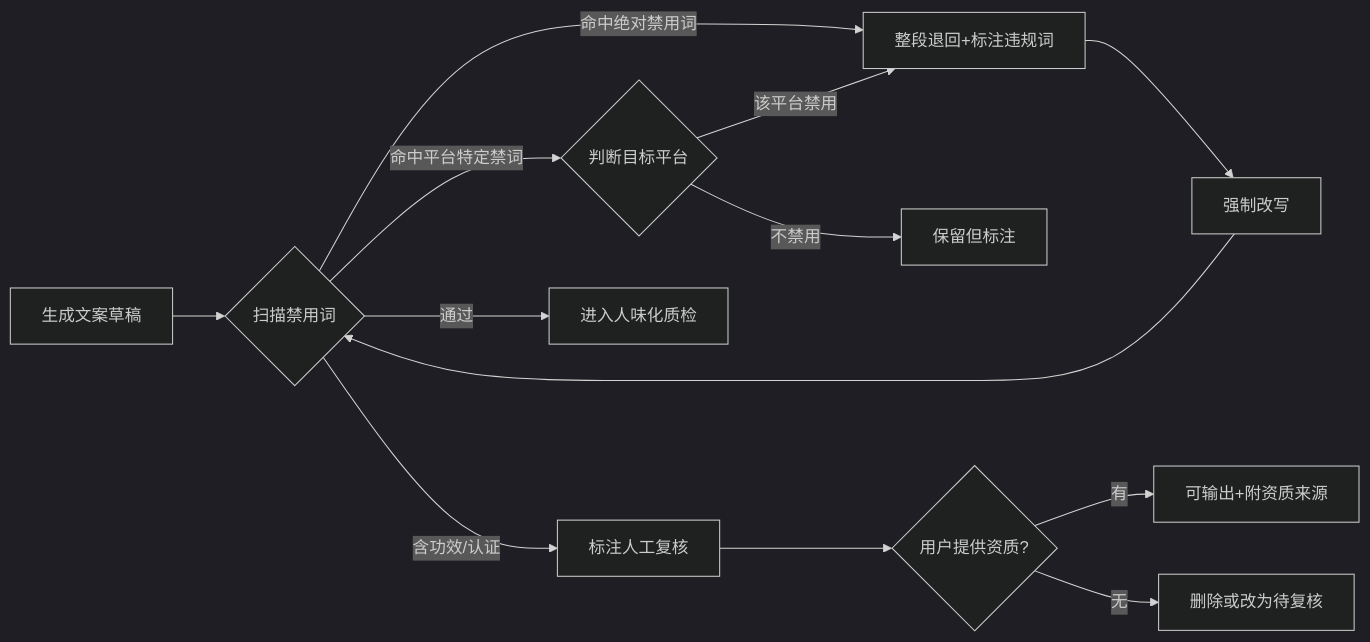
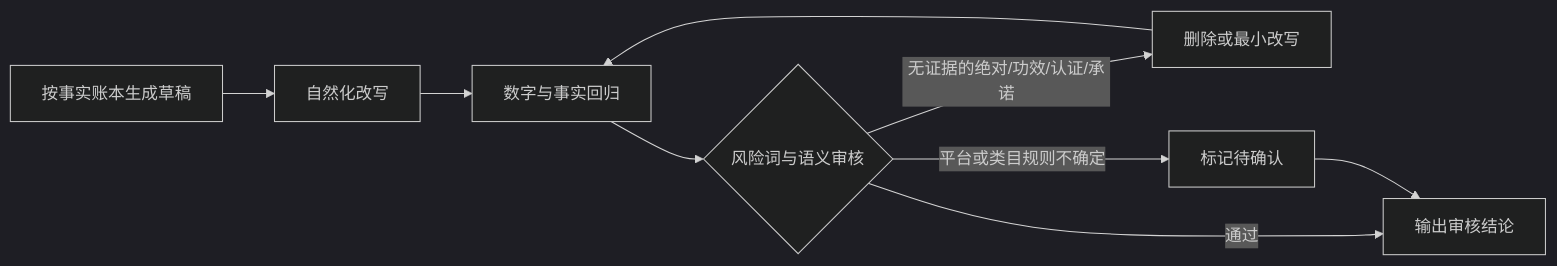
Before and after one commit to mianbaofang/ai-ecommerce-workflow: the diagram in skill/references/compliance-terms.md, drawn with Mermaid (dark theme). The commit also changed other lines of this file and 173 other files, not shown here.

````diff
--- a/skill/references/compliance-terms.md
+++ b/skill/references/compliance-terms.md
@@ -98,15 +136,11 @@
 ```mermaid
 flowchart LR
-  A[生成文案草稿] --> B{扫描禁用词}
-  B -->|命中绝对禁用词| C[整段退回+标注违规词]
-  C --> D[强制改写]
-  D --> B
-  B -->|命中平台特定禁词| E{判断目标平台}
-  E -->|该平台禁用| C
-  E -->|不禁用| F[保留但标注]
-  B -->|含功效/认证| G[标注人工复核]
-  G --> H{用户提供资质?}
-  H -->|有| I[可输出+附资质来源]
-  H -->|无| J[删除或改为待复核]
-  B -->|通过| K[进入人味化质检]
+  A[按事实账本生成草稿] --> B[自然化改写]
+  B --> C[数字与事实回归]
+  C --> D{风险词与语义审核}
+  D -->|无证据的绝对/功效/认证/承诺| E[删除或最小改写]
+  D -->|平台或类目规则不确定| F[标记待确认]
+  D -->|通过| G[输出审核结论]
+  E --> C
+  F --> G
 ```
````
